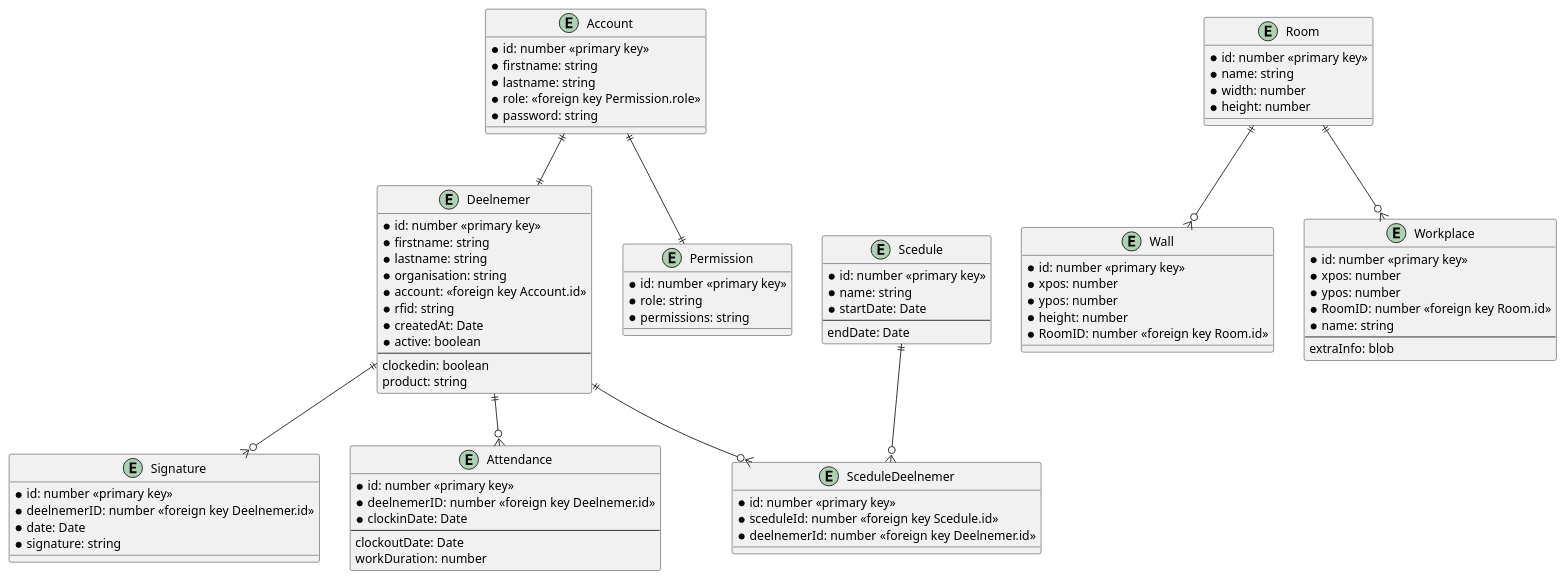
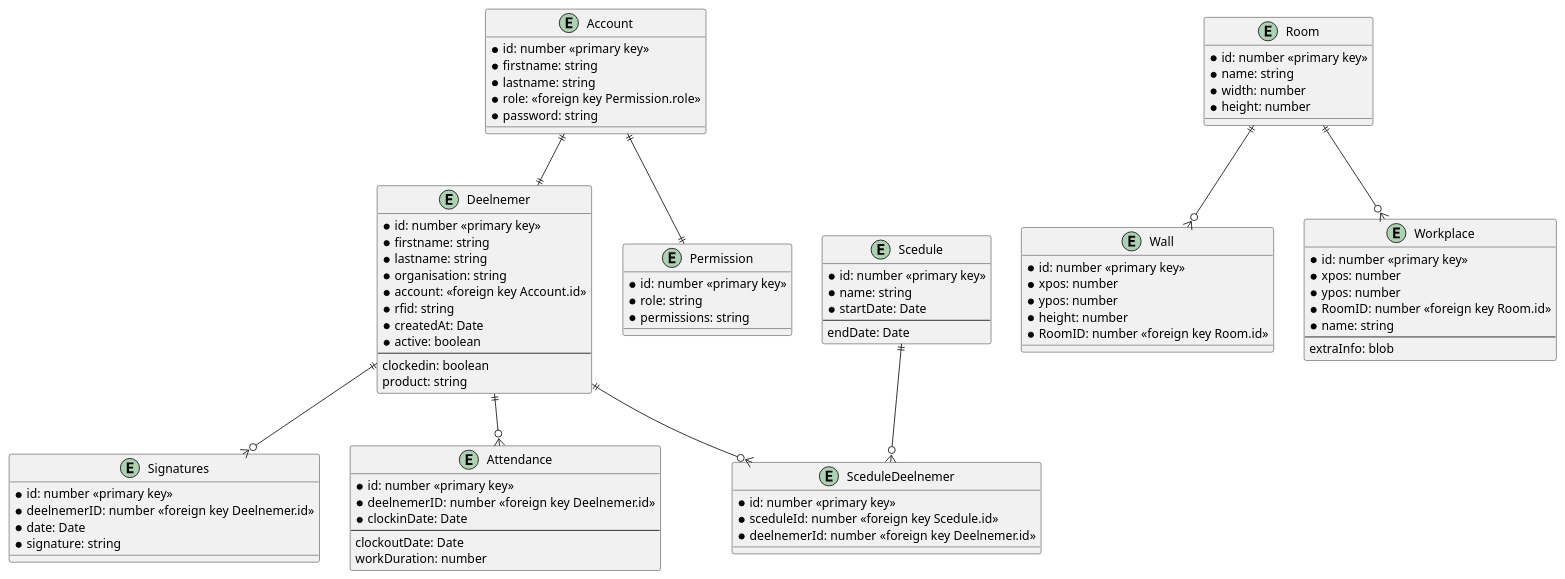
Before and after one commit to BitsEnBytesICT/Bits-Bytes-management-platform: the diagram in documentation/databasemodel.plantuml, drawn with PlantUML. The commit also changed 11 other files, not shown here.

```diff
--- a/documentation/databasemodel.plantuml
+++ b/documentation/databasemodel.plantuml
@@ -1,94 +1,94 @@
 @startuml
 
 entity Account {
     * id: number <<primary key>>
     * firstname: string
     * lastname: string
     * role: <<foreign key Permission.role>>
     * password: string
 }
 
 entity Deelnemer {
     * id: number <<primary key>>
     * firstname: string
     * lastname: string
     * organisation: string
     * account: <<foreign key Account.id>>
     * rfid: string
     * createdAt: Date
     * active: boolean
     --
     clockedin: boolean
     product: string
 }
 
-entity Signature {
+entity Signatures {
     * id: number <<primary key>>
     * deelnemerID: number <<foreign key Deelnemer.id>>
     * date: Date
     * signature: string
 }
 
 entity Attendance {
     * id: number <<primary key>>
     * deelnemerID: number <<foreign key Deelnemer.id>>
     * clockinDate: Date
     --
     clockoutDate: Date
     workDuration: number
 }
 
 entity Permission {
     * id: number <<primary key>>
     * role: string
     * permissions: string
 }
 
 entity Room {
     * id: number <<primary key>>
     * name: string
     * width: number
     * height: number
 }
 
 entity Wall {
     * id: number <<primary key>>
     * xpos: number
     * ypos: number
     * height: number
     * RoomID: number <<foreign key Room.id>>
 }
 
 entity Workplace {
     * id: number <<primary key>>
     * xpos: number
     * ypos: number
     * RoomID: number <<foreign key Room.id>>
     * name: string
     --
     extraInfo: blob
 }
 
 entity Scedule {
     * id: number <<primary key>>
     * name: string
     * startDate: Date
     --
     endDate: Date
 }
 
 entity SceduleDeelnemer {
     * id: number <<primary key>>
     * sceduleId: number <<foreign key Scedule.id>>
     * deelnemerId: number <<foreign key Deelnemer.id>>
 }
 
 Account ||--|| Permission
 Account ||--|| Deelnemer
-Deelnemer ||--o{ Signature
+Deelnemer ||--o{ Signatures
 Deelnemer ||--o{ Attendance
 Deelnemer ||--o{ SceduleDeelnemer
 Scedule ||--o{ SceduleDeelnemer
 Room ||--o{ Wall
 Room ||--o{ Workplace
 @enduml
```
